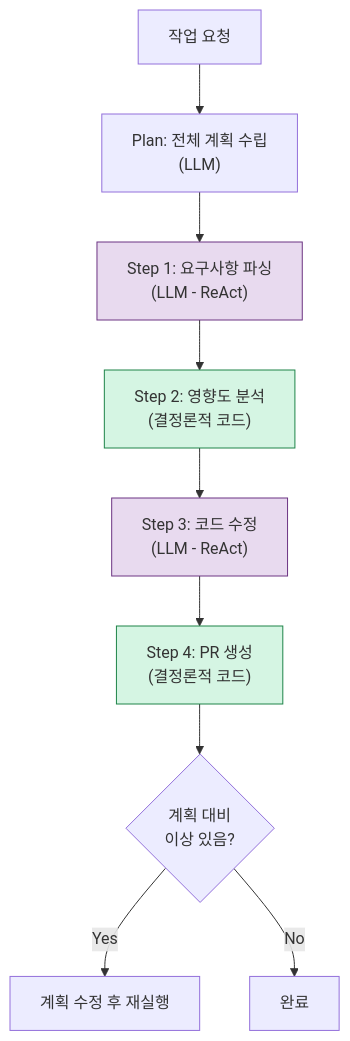
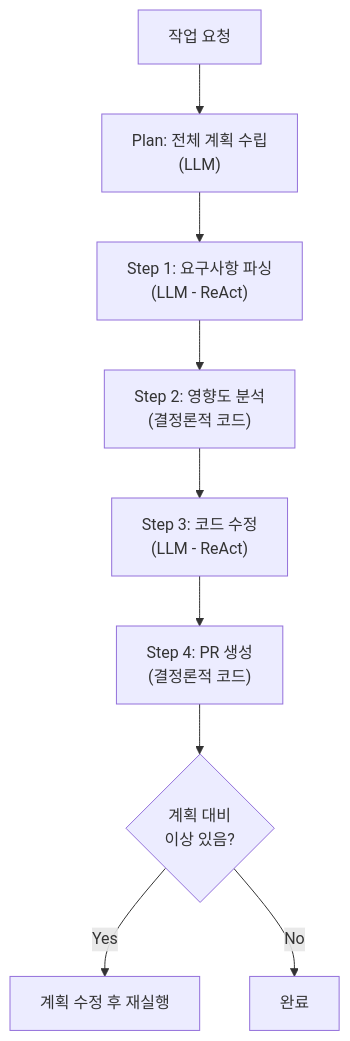
Before and after one commit to Gyubster/til: the third of 3 diagrams in _posts/2026-04-30-agent-오케스트레이션-패턴-비교-react-vs-plan-and-execute.md, drawn with Mermaid. The commit also changed 13 other files, not shown here.

Commit message:
Mermaid 렌더링 수정: subgraph style 명령 제거

````diff
--- a/_posts/2026-04-30-agent-오케스트레이션-패턴-비교-react-vs-plan-and-execute.md
+++ b/_posts/2026-04-30-agent-오케스트레이션-패턴-비교-react-vs-plan-and-execute.md
@@ -108,16 +108,12 @@
 ```mermaid
 flowchart TD
     A["작업 요청"] --> B["Plan: 전체 계획 수립<br>(LLM)"]
     B --> C["Step 1: 요구사항 파싱<br>(LLM - ReAct)"]
     C --> D["Step 2: 영향도 분석<br>(결정론적 코드)"]
     D --> E["Step 3: 코드 수정<br>(LLM - ReAct)"]
     E --> F["Step 4: PR 생성<br>(결정론적 코드)"]
     F --> G{"계획 대비<br>이상 있음?"}
     G -->|Yes| H["계획 수정 후 재실행"]
     G -->|No| I["완료"]
     
-    style C fill:#e8daef,stroke:#6c3483
-    style E fill:#e8daef,stroke:#6c3483
-    style D fill:#d5f5e3,stroke:#1e8449
-    style F fill:#d5f5e3,stroke:#1e8449
 ```
````
